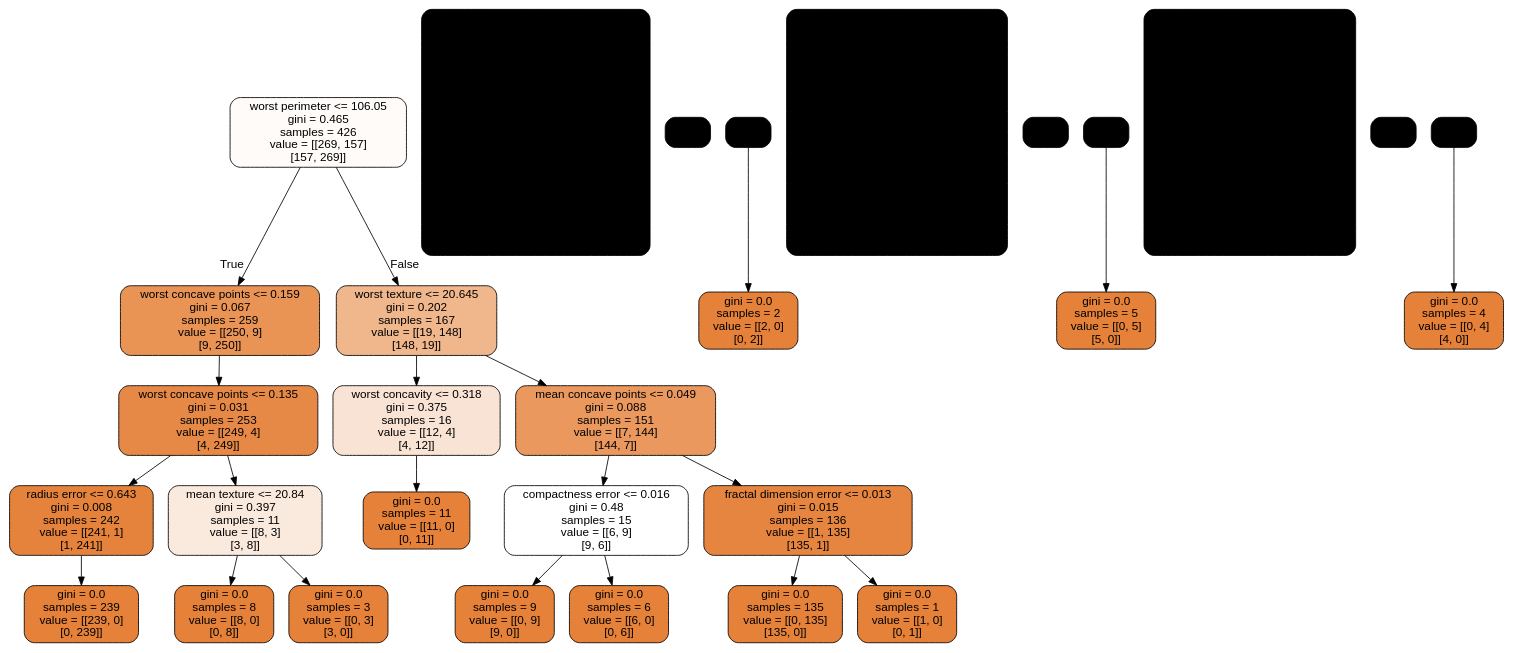
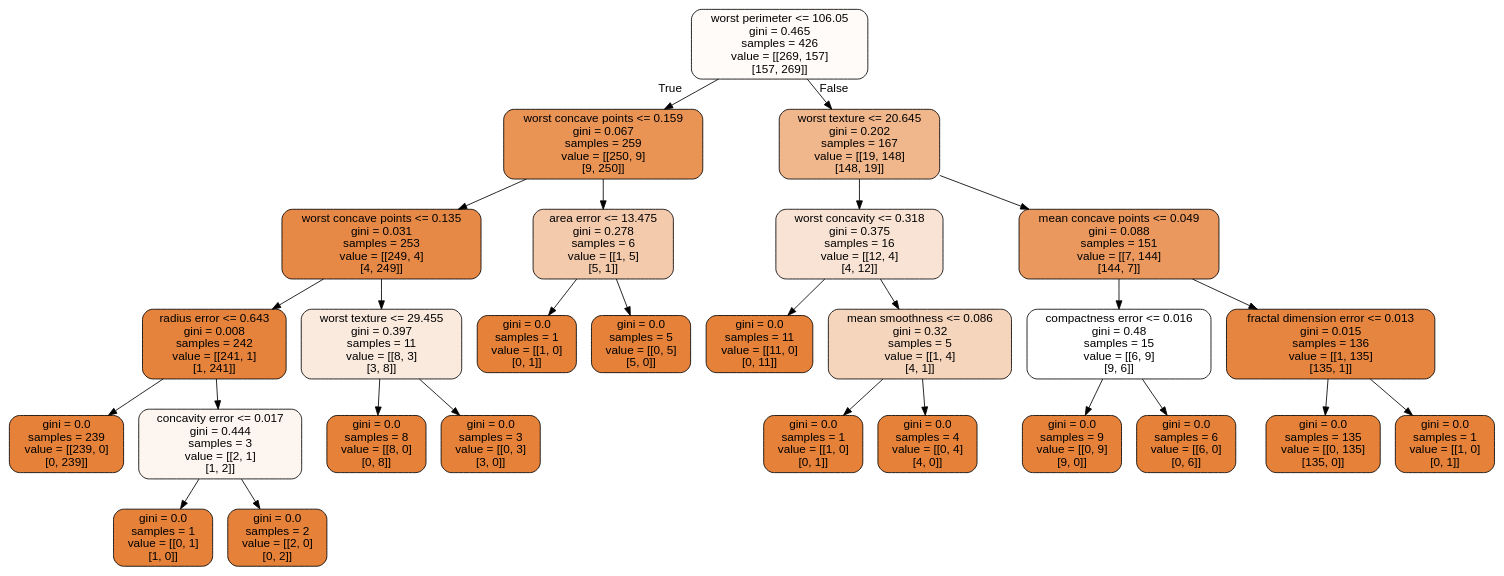
The diagram in doc/pub/week44/ipynb/Datafiles/cancer.dot (CompPhysics/MachineLearning), drawn with Graphviz before and after one commit. The commit also changed 4 other files, not shown here.

```diff
--- a/doc/pub/week44/ipynb/Datafiles/cancer.dot
+++ b/doc/pub/week44/ipynb/Datafiles/cancer.dot
@@ -1,69 +1,57 @@
 digraph Tree {
 node [shape=box, style="filled, rounded", color="black", fontname=helvetica] ;
 edge [fontname=helvetica] ;
 0 [label="worst perimeter <= 106.05\ngini = 0.465\nsamples = 426\nvalue = [[269, 157]\n[157, 269]]", fillcolor="#fefbf9"] ;
 1 [label="worst concave points <= 0.159\ngini = 0.067\nsamples = 259\nvalue = [[250, 9]\n[9, 250]]", fillcolor="#e99355"] ;
 0 -> 1 [labeldistance=2.5, labelangle=45, headlabel="True"] ;
 2 [label="worst concave points <= 0.135\ngini = 0.031\nsamples = 253\nvalue = [[249, 4]\n[4, 249]]", fillcolor="#e78946"] ;
 1 -> 2 ;
 3 [label="radius error <= 0.643\ngini = 0.008\nsamples = 242\nvalue = [[241, 1]\n[1, 241]]", fillcolor="#e5833c"] ;
 2 -> 3 ;
 4 [label="gini = 0.0\nsamples = 239\nvalue = [[239, 0]\n[0, 239]]", fillcolor="#e58139"] ;
 3 -> 4 ;
-<<<<<<< HEAD
-5 [label="mean perimeter <= 78.51\ngini = 0.444\nsamples = 3\nvalue = [[2, 1]\n[1, 2]]", fillcolor="#fdf6f0"] ;
-=======
-5 [label="mean area <= 469.25\ngini = 0.444\nsamples = 3\nvalue = [[2, 1]\n[1, 2]]", fillcolor="#fdf6f0"] ;
->>>>>>> origin/master
+5 [label="concavity error <= 0.017\ngini = 0.444\nsamples = 3\nvalue = [[2, 1]\n[1, 2]]", fillcolor="#fdf6f0"] ;
 3 -> 5 ;
 6 [label="gini = 0.0\nsamples = 1\nvalue = [[0, 1]\n[1, 0]]", fillcolor="#e58139"] ;
 5 -> 6 ;
 7 [label="gini = 0.0\nsamples = 2\nvalue = [[2, 0]\n[0, 2]]", fillcolor="#e58139"] ;
 5 -> 7 ;
-8 [label="mean texture <= 20.84\ngini = 0.397\nsamples = 11\nvalue = [[8, 3]\n[3, 8]]", fillcolor="#fae9dd"] ;
+8 [label="worst texture <= 29.455\ngini = 0.397\nsamples = 11\nvalue = [[8, 3]\n[3, 8]]", fillcolor="#fae9dd"] ;
 2 -> 8 ;
 9 [label="gini = 0.0\nsamples = 8\nvalue = [[8, 0]\n[0, 8]]", fillcolor="#e58139"] ;
 8 -> 9 ;
 10 [label="gini = 0.0\nsamples = 3\nvalue = [[0, 3]\n[3, 0]]", fillcolor="#e58139"] ;
 8 -> 10 ;
-<<<<<<< HEAD
-11 [label="mean texture <= 16.22\ngini = 0.278\nsamples = 6\nvalue = [[1, 5]\n[5, 1]]", fillcolor="#f4caac"] ;
-=======
 11 [label="area error <= 13.475\ngini = 0.278\nsamples = 6\nvalue = [[1, 5]\n[5, 1]]", fillcolor="#f4caac"] ;
->>>>>>> origin/master
 1 -> 11 ;
 12 [label="gini = 0.0\nsamples = 1\nvalue = [[1, 0]\n[0, 1]]", fillcolor="#e58139"] ;
 11 -> 12 ;
 13 [label="gini = 0.0\nsamples = 5\nvalue = [[0, 5]\n[5, 0]]", fillcolor="#e58139"] ;
 11 -> 13 ;
 14 [label="worst texture <= 20.645\ngini = 0.202\nsamples = 167\nvalue = [[19, 148]\n[148, 19]]", fillcolor="#f0b68c"] ;
 0 -> 14 [labeldistance=2.5, labelangle=-45, headlabel="False"] ;
 15 [label="worst concavity <= 0.318\ngini = 0.375\nsamples = 16\nvalue = [[12, 4]\n[4, 12]]", fillcolor="#f9e3d4"] ;
 14 -> 15 ;
 16 [label="gini = 0.0\nsamples = 11\nvalue = [[11, 0]\n[0, 11]]", fillcolor="#e58139"] ;
 15 -> 16 ;
-<<<<<<< HEAD
-17 [label="mean area <= 694.45\ngini = 0.32\nsamples = 5\nvalue = [[1, 4]\n[4, 1]]", fillcolor="#f6d5bd"] ;
-=======
-17 [label="worst area <= 894.55\ngini = 0.32\nsamples = 5\nvalue = [[1, 4]\n[4, 1]]", fillcolor="#f6d5bd"] ;
->>>>>>> origin/master
+17 [label="mean smoothness <= 0.086\ngini = 0.32\nsamples = 5\nvalue = [[1, 4]\n[4, 1]]", fillcolor="#f6d5bd"] ;
 15 -> 17 ;
 18 [label="gini = 0.0\nsamples = 1\nvalue = [[1, 0]\n[0, 1]]", fillcolor="#e58139"] ;
 17 -> 18 ;
 19 [label="gini = 0.0\nsamples = 4\nvalue = [[0, 4]\n[4, 0]]", fillcolor="#e58139"] ;
 17 -> 19 ;
 20 [label="mean concave points <= 0.049\ngini = 0.088\nsamples = 151\nvalue = [[7, 144]\n[144, 7]]", fillcolor="#ea985d"] ;
 14 -> 20 ;
 21 [label="compactness error <= 0.016\ngini = 0.48\nsamples = 15\nvalue = [[6, 9]\n[9, 6]]", fillcolor="#ffffff"] ;
 20 -> 21 ;
 22 [label="gini = 0.0\nsamples = 9\nvalue = [[0, 9]\n[9, 0]]", fillcolor="#e58139"] ;
 21 -> 22 ;
 23 [label="gini = 0.0\nsamples = 6\nvalue = [[6, 0]\n[0, 6]]", fillcolor="#e58139"] ;
 21 -> 23 ;
 24 [label="fractal dimension error <= 0.013\ngini = 0.015\nsamples = 136\nvalue = [[1, 135]\n[135, 1]]", fillcolor="#e6853f"] ;
 20 -> 24 ;
 25 [label="gini = 0.0\nsamples = 135\nvalue = [[0, 135]\n[135, 0]]", fillcolor="#e58139"] ;
 24 -> 25 ;
 26 [label="gini = 0.0\nsamples = 1\nvalue = [[1, 0]\n[0, 1]]", fillcolor="#e58139"] ;
 24 -> 26 ;
 }
```
